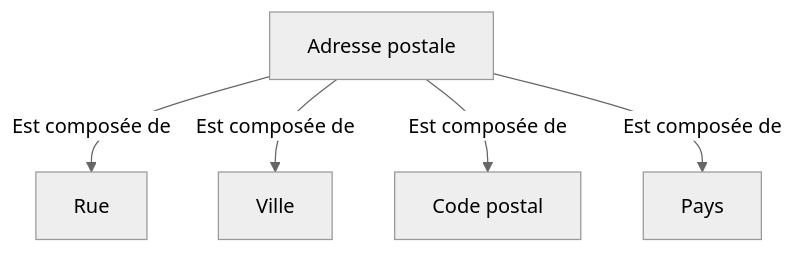
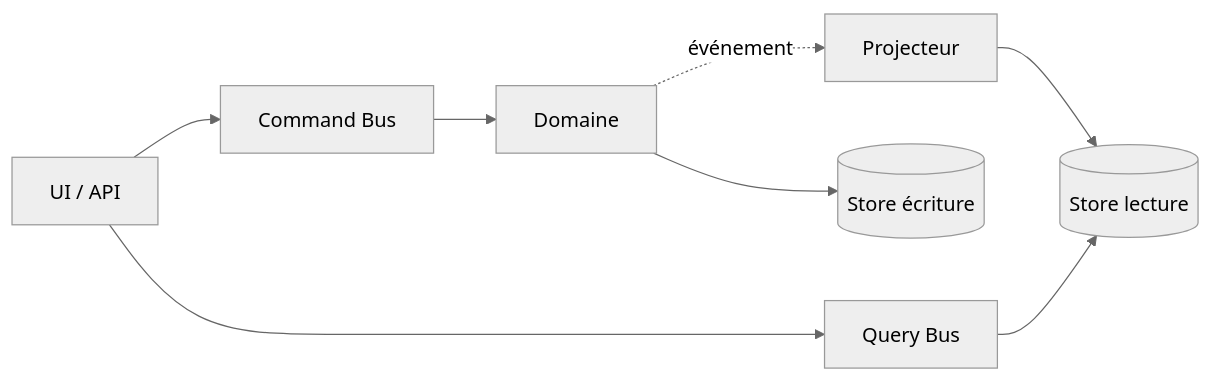
Before and after one commit to Tan-Software/domain-driven-design: the eighth of 11 diagrams in README.md, drawn with Mermaid (neutral theme). The commit also changed other lines of this file, not shown here.

First line of the commit message:
docs: réécrire le mémo DDD avec terminologie d'Evans et exemples de code

````diff
--- a/README.md
+++ b/README.md
@@ -452,7 +374,10 @@
 ```mermaid
-graph TD
-    A[Adresse postale] -- Est composée de --> B[Rue]
-    A -- Est composée de --> C[Ville]
-    A -- Est composée de --> D[Code postal]
-    A -- Est composée de --> E[Pays]
+graph LR
+    A[UI / API] --> B[Command Bus]
+    A --> C[Query Bus]
+    B --> D[Domaine]
+    D --> E[(Store écriture)]
+    D -. événement .-> F[Projecteur]
+    F --> G[(Store lecture)]
+    C --> G
 ```
````
